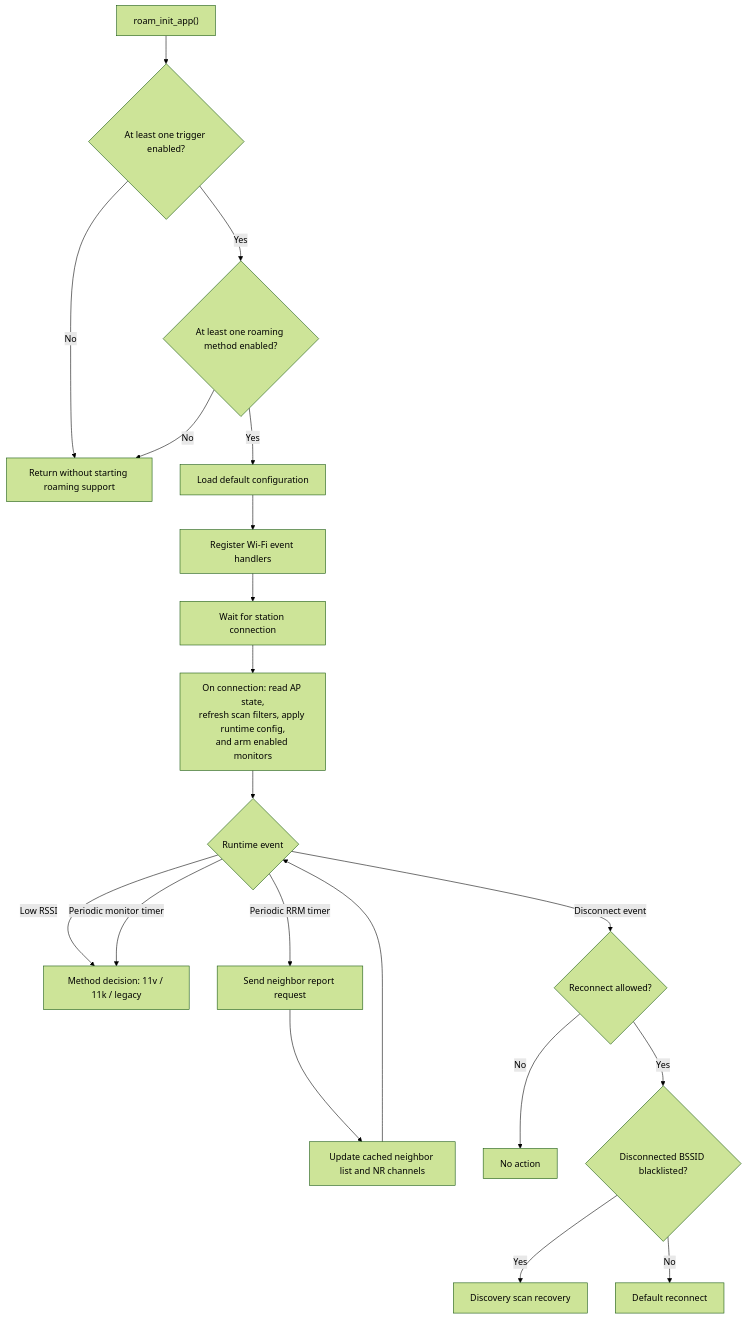
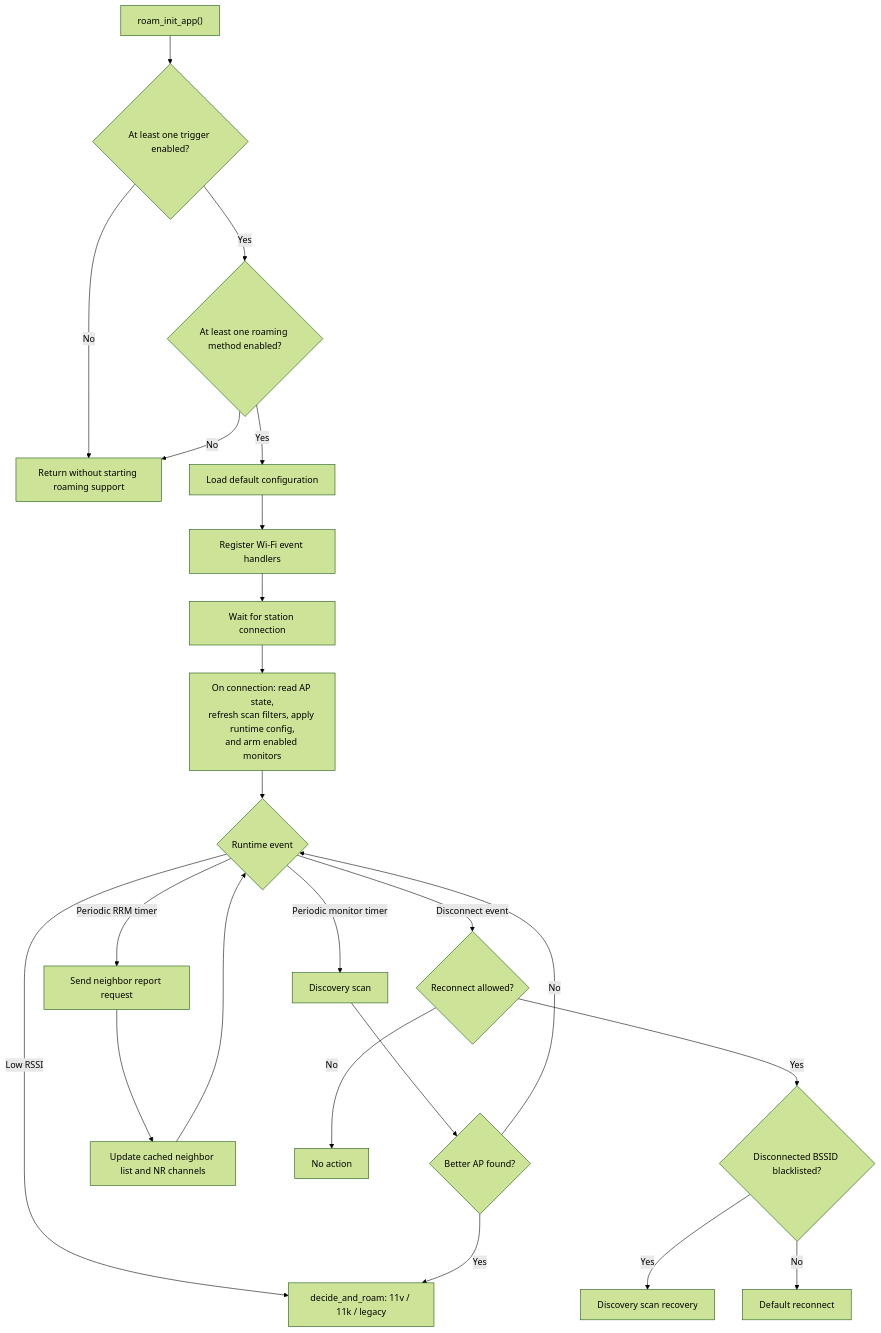
One commit to espressif/esp-idf changed the second of 4 diagrams in components/esp_wifi/wifi_apps/roaming_app/src/ROAMING_FLOW.md. Above: the diagram before and after it, drawn with Mermaid (forest theme). The commit also changed other lines of this file and 2 other files, not shown here.

First line of the commit message:
feat(roam): Discovery-first periodic path with shared decide_and_roam

````diff
--- a/components/esp_wifi/wifi_apps/roaming_app/src/ROAMING_FLOW.md
+++ b/components/esp_wifi/wifi_apps/roaming_app/src/ROAMING_FLOW.md
@@ -71,24 +76,27 @@
 ```mermaid
 flowchart TD
     A["roam_init_app()"] --> B{"At least one trigger enabled?"}
     B -- "No" --> X["Return without starting roaming support"]
     B -- "Yes" --> C{"At least one roaming method enabled?"}
     C -- "No" --> X
     C -- "Yes" --> D["Load default configuration"]
     D --> E["Register Wi-Fi event handlers"]
     E --> F["Wait for station connection"]
 
     F --> G["On connection: read AP state,<br/>refresh scan filters, apply runtime config,<br/>and arm enabled monitors"]
 
     G --> H{"Runtime event"}
-    H -- "Low RSSI" --> Decide["Method decision: 11v / 11k / legacy"]
-    H -- "Periodic monitor timer" --> Decide
+    H -- "Low RSSI" --> Decide["decide_and_roam: 11v / 11k / legacy"]
+    H -- "Periodic monitor timer" --> PerDisc["Discovery scan"]
+    PerDisc --> Better{"Better AP found?"}
+    Better -- "Yes" --> Decide
+    Better -- "No" --> H
     H -- "Periodic RRM timer" --> J["Send neighbor report request"]
     J --> K["Update cached neighbor list and NR channels"]
     K --> H
     H -- "Disconnect event" --> L{"Reconnect allowed?"}
     L -- "No" --> M["No action"]
     L -- "Yes" --> N{"Disconnected BSSID blacklisted?"}
     N -- "Yes" --> Disc["Discovery scan recovery"]
     N -- "No" --> O["Default reconnect"]
 ```
````
